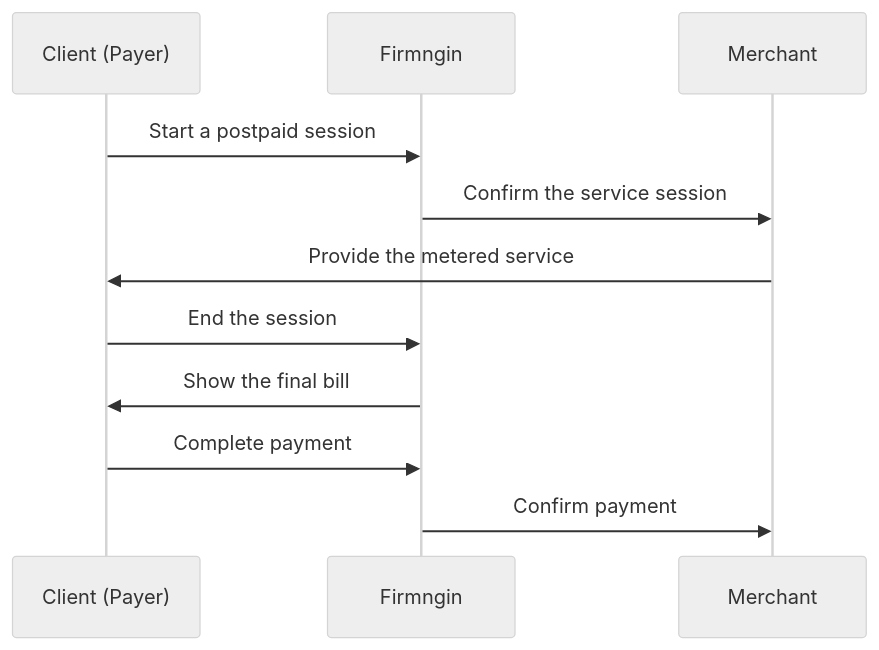
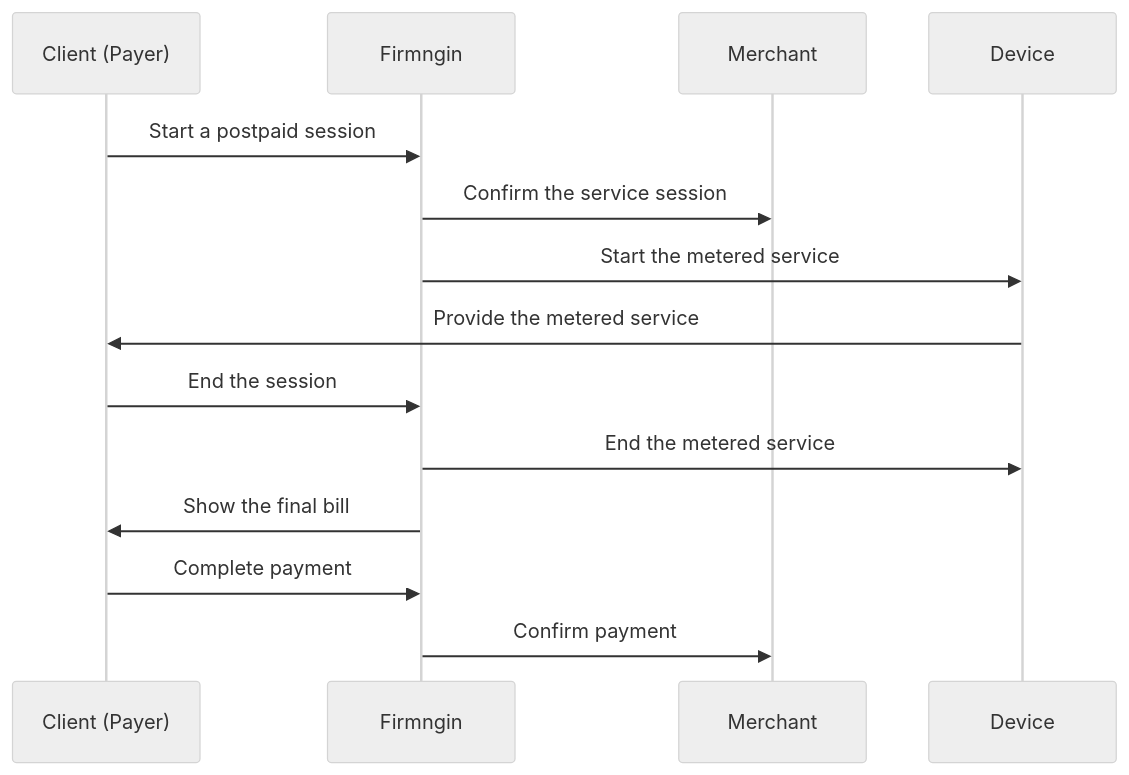
The second of 2 diagrams in monetization.mdx (firmngin/docs), drawn with Mermaid (neutral theme) before and after one commit. The commit also changed other lines of this file and 2 other files, not shown here.

````diff
--- a/monetization.mdx
+++ b/monetization.mdx
@@ -62,13 +66,16 @@
 ```mermaid actions={false}
 sequenceDiagram
     participant Client as Client (Payer)
     participant Firmngin
     participant Merchant
+    participant Device
     Client->>Firmngin: Start a postpaid session
     Firmngin->>Merchant: Confirm the service session
-    Merchant->>Client: Provide the metered service
+    Firmngin->>Device: Start the metered service
+    Device->>Client: Provide the metered service
     Client->>Firmngin: End the session
+    Firmngin->>Device: End the metered service
     Firmngin->>Client: Show the final bill
     Client->>Firmngin: Complete payment
     Firmngin->>Merchant: Confirm payment
 ```
````
